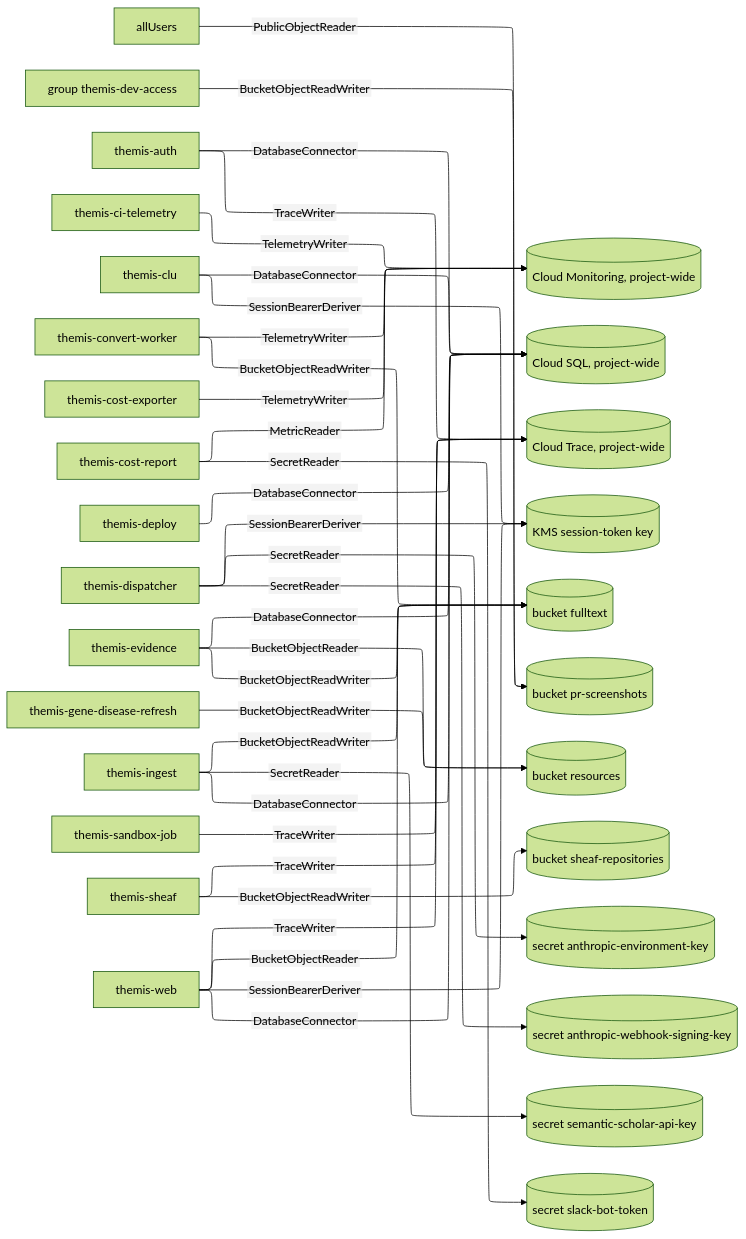
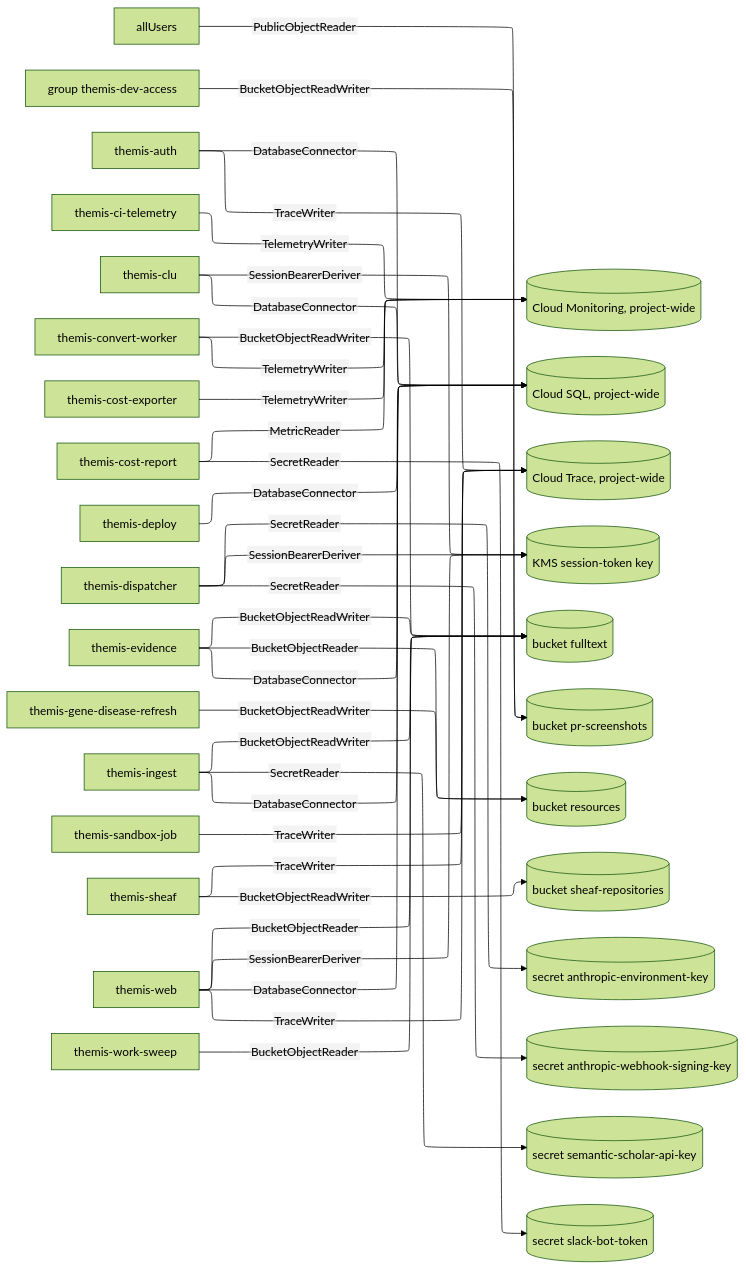
The diagram in docs/design/grants/data.mmd (populationgenomics/themis), drawn with Mermaid (forest theme) before and after one commit. The commit also changed 11 other files, not shown here.

First line of the commit message:
litcache: an hourly sweep asks for every paper on which a step has work (#835)

```diff
--- a/docs/design/grants/data.mmd
+++ b/docs/design/grants/data.mmd
@@ -1,60 +1,62 @@
 %%{init: {"layout": "elk", "elk": {"mergeEdges": true, "nodePlacementStrategy": "NETWORK_SIMPLEX"}, "htmlLabels": false, "flowchart": {"htmlLabels": false, "wrappingWidth": 320}}}%%
 flowchart LR
     n0["allUsers"]
     n1["group themis-dev-access"]
     n2["themis-auth"]
     n3["themis-ci-telemetry"]
     n4["themis-clu"]
     n5["themis-convert-worker"]
     n6["themis-cost-exporter"]
     n7["themis-cost-report"]
     n8["themis-deploy"]
     n9["themis-dispatcher"]
     n10["themis-evidence"]
     n11["themis-gene-disease-refresh"]
     n12["themis-ingest"]
     n13["themis-sandbox-job"]
     n14["themis-sheaf"]
     n15["themis-web"]
-    n16[("Cloud Monitoring, project-wide")]
-    n17[("Cloud SQL, project-wide")]
-    n18[("Cloud Trace, project-wide")]
-    n19[("KMS session-token key")]
-    n20[("bucket fulltext")]
-    n21[("bucket pr-screenshots")]
-    n22[("bucket resources")]
-    n23[("bucket sheaf-repositories")]
-    n24[("secret anthropic-environment-key")]
-    n25[("secret anthropic-webhook-signing-key")]
-    n26[("secret semantic-scholar-api-key")]
-    n27[("secret slack-bot-token")]
-    n0 -->|PublicObjectReader| n21
-    n1 -->|BucketObjectReadWriter| n21
-    n2 -->|DatabaseConnector| n17
-    n2 -->|TraceWriter| n18
-    n3 -->|TelemetryWriter| n16
-    n4 -->|DatabaseConnector| n17
-    n4 -->|SessionBearerDeriver| n19
-    n5 -->|BucketObjectReadWriter| n20
-    n5 -->|TelemetryWriter| n16
-    n6 -->|TelemetryWriter| n16
-    n7 -->|MetricReader| n16
-    n7 -->|SecretReader| n27
-    n8 -->|DatabaseConnector| n17
-    n9 -->|SecretReader| n24
+    n16["themis-work-sweep"]
+    n17[("Cloud Monitoring, project-wide")]
+    n18[("Cloud SQL, project-wide")]
+    n19[("Cloud Trace, project-wide")]
+    n20[("KMS session-token key")]
+    n21[("bucket fulltext")]
+    n22[("bucket pr-screenshots")]
+    n23[("bucket resources")]
+    n24[("bucket sheaf-repositories")]
+    n25[("secret anthropic-environment-key")]
+    n26[("secret anthropic-webhook-signing-key")]
+    n27[("secret semantic-scholar-api-key")]
+    n28[("secret slack-bot-token")]
+    n0 -->|PublicObjectReader| n22
+    n1 -->|BucketObjectReadWriter| n22
+    n2 -->|DatabaseConnector| n18
+    n2 -->|TraceWriter| n19
+    n3 -->|TelemetryWriter| n17
+    n4 -->|DatabaseConnector| n18
+    n4 -->|SessionBearerDeriver| n20
+    n5 -->|BucketObjectReadWriter| n21
+    n5 -->|TelemetryWriter| n17
+    n6 -->|TelemetryWriter| n17
+    n7 -->|MetricReader| n17
+    n7 -->|SecretReader| n28
+    n8 -->|DatabaseConnector| n18
     n9 -->|SecretReader| n25
-    n9 -->|SessionBearerDeriver| n19
-    n10 -->|BucketObjectReadWriter| n20
-    n10 -->|BucketObjectReader| n22
-    n10 -->|DatabaseConnector| n17
-    n11 -->|BucketObjectReadWriter| n22
-    n12 -->|BucketObjectReadWriter| n20
-    n12 -->|DatabaseConnector| n17
-    n12 -->|SecretReader| n26
-    n13 -->|TraceWriter| n18
-    n14 -->|BucketObjectReadWriter| n23
-    n14 -->|TraceWriter| n18
-    n15 -->|BucketObjectReader| n20
-    n15 -->|DatabaseConnector| n17
-    n15 -->|SessionBearerDeriver| n19
-    n15 -->|TraceWriter| n18
+    n9 -->|SecretReader| n26
+    n9 -->|SessionBearerDeriver| n20
+    n10 -->|BucketObjectReadWriter| n21
+    n10 -->|BucketObjectReader| n23
+    n10 -->|DatabaseConnector| n18
+    n11 -->|BucketObjectReadWriter| n23
+    n12 -->|BucketObjectReadWriter| n21
+    n12 -->|DatabaseConnector| n18
+    n12 -->|SecretReader| n27
+    n13 -->|TraceWriter| n19
+    n14 -->|BucketObjectReadWriter| n24
+    n14 -->|TraceWriter| n19
+    n15 -->|BucketObjectReader| n21
+    n15 -->|DatabaseConnector| n18
+    n15 -->|SessionBearerDeriver| n20
+    n15 -->|TraceWriter| n19
+    n16 -->|BucketObjectReader| n21
```
